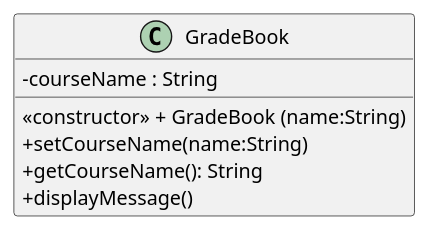
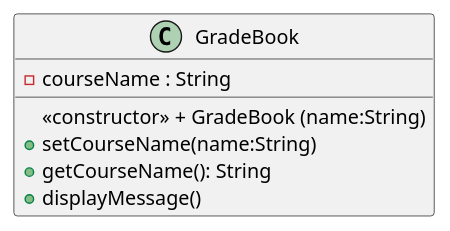
The diagram in c++/Deitel/src/cap03/GradeBook.puml (marcuswlima/learning), drawn with PlantUML before and after one commit. The commit also changed 1 other file, not shown here.

```diff
--- a/c++/Deitel/src/cap03/GradeBook.puml
+++ b/c++/Deitel/src/cap03/GradeBook.puml
@@ -1,10 +1,9 @@
 @startuml
-skinparam classAttributeIconSize 0
 class GradeBook {
   <<constructor>> + GradeBook (name:String)
   - courseName : String
   + setCourseName(name:String)
   + getCourseName(): String
   + displayMessage()
 }
 @enduml
```
